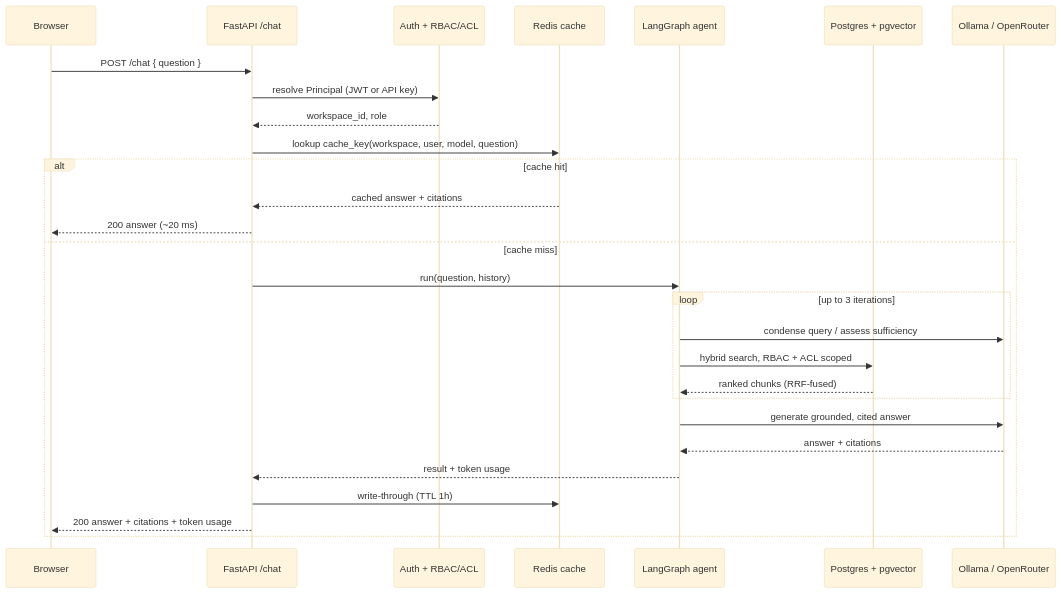
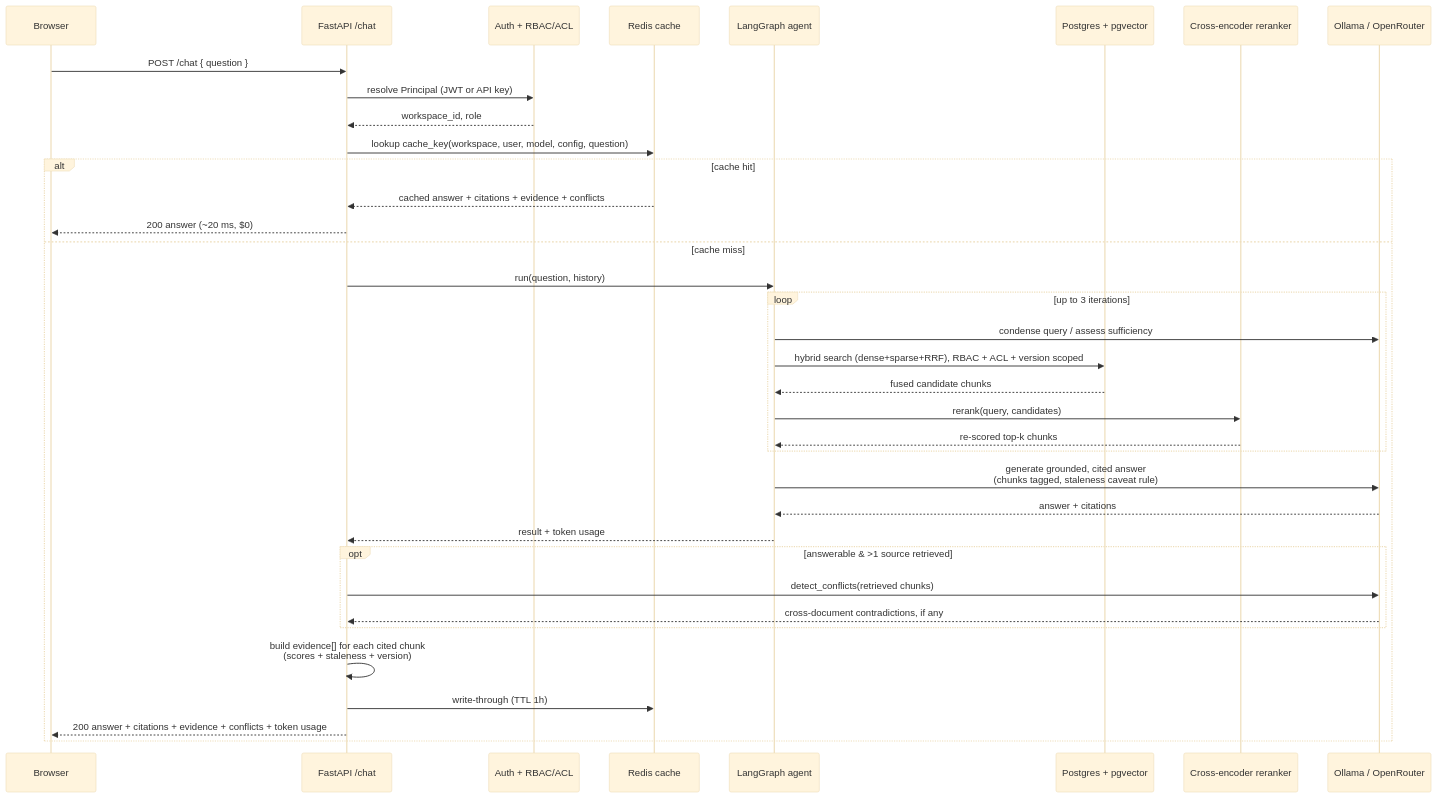
Before and after one commit to Joelrtharakan/atlaskb: the second of 2 diagrams in README.md, drawn with Mermaid (base theme). The commit also changed other lines of this file and 160 other files, not shown here.

````diff
--- a/README.md
+++ b/README.md
@@ -174,31 +274,39 @@
 ```mermaid
 sequenceDiagram
     participant U as Browser
     participant API as FastAPI /chat
     participant RBAC as Auth + RBAC/ACL
     participant Cache as Redis cache
     participant Agent as LangGraph agent
     participant DB as Postgres + pgvector
+    participant RR as Cross-encoder reranker
     participant LLM as Ollama / OpenRouter
 
     U->>API: POST /chat { question }
     API->>RBAC: resolve Principal (JWT or API key)
     RBAC-->>API: workspace_id, role
-    API->>Cache: lookup cache_key(workspace, user, model, question)
+    API->>Cache: lookup cache_key(workspace, user, model, config, question)
     alt cache hit
-        Cache-->>API: cached answer + citations
-        API-->>U: 200 answer (~20 ms)
+        Cache-->>API: cached answer + citations + evidence + conflicts
+        API-->>U: 200 answer (~20 ms, $0)
     else cache miss
         API->>Agent: run(question, history)
         loop up to 3 iterations
             Agent->>LLM: condense query / assess sufficiency
-            Agent->>DB: hybrid search, RBAC + ACL scoped
-            DB-->>Agent: ranked chunks (RRF-fused)
+            Agent->>DB: hybrid search (dense+sparse+RRF), RBAC + ACL + version scoped
+            DB-->>Agent: fused candidate chunks
+            Agent->>RR: rerank(query, candidates)
+            RR-->>Agent: re-scored top-k chunks
         end
-        Agent->>LLM: generate grounded, cited answer
+        Agent->>LLM: generate grounded, cited answer<br/>(chunks tagged, staleness caveat rule)
         LLM-->>Agent: answer + citations
         Agent-->>API: result + token usage
+        opt answerable & >1 source retrieved
+            API->>LLM: detect_conflicts(retrieved chunks)
+            LLM-->>API: cross-document contradictions, if any
+        end
+        API->>API: build evidence[] for each cited chunk<br/>(scores + staleness + version)
         API->>Cache: write-through (TTL 1h)
-        API-->>U: 200 answer + citations + token usage
+        API-->>U: 200 answer + citations + evidence + conflicts + token usage
     end
 ```
````
